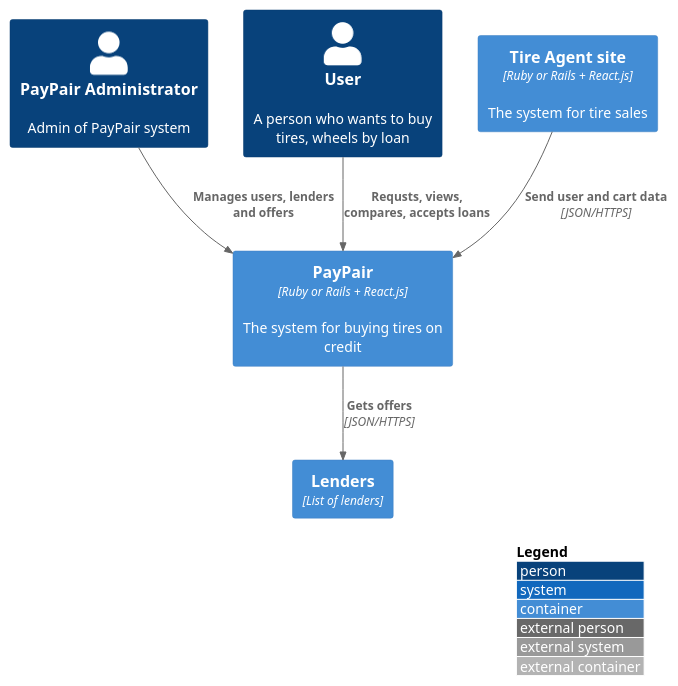
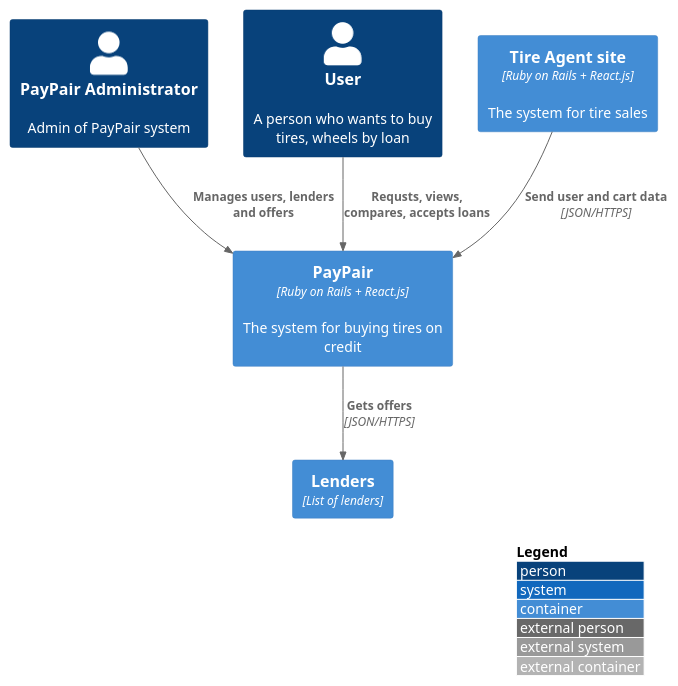
One commit to artsiomivanets/docs changed the diagram in src/1.3 Diagrams for PayPair/1.3.1 Context Diagram/context.puml. Above: the diagram before and after it, drawn with PlantUML. The commit also changed 60 other files, not shown here.

```diff
--- a/src/1.3 Diagrams for PayPair/1.3.1 Context Diagram/context.puml
+++ b/src/1.3 Diagrams for PayPair/1.3.1 Context Diagram/context.puml
@@ -1,19 +1,19 @@
 @startuml
 !include https://raw.githubusercontent.com/adrianvlupu/C4-PlantUML/latest/C4_Container.puml
 
 LAYOUT_WITH_LEGEND()
 
 Person(pp_admin, "PayPair Administrator", "Admin of PayPair system")
 Person(pp_user, "User", "A person who wants to buy tires, wheels by loan")
 
-Container(pp_system, "PayPair", "Ruby or Rails + React.js", "The system for buying tires on credit")
-Container(ta, "Tire Agent site", "Ruby or Rails + React.js", "The system for tire sales")
+Container(pp_system, "PayPair", "Ruby on Rails + React.js", "The system for buying tires on credit")
+Container(ta, "Tire Agent site", "Ruby on Rails + React.js", "The system for tire sales")
 
 Container(lenders, "Lenders", "List of lenders")
 
 Rel(ta, pp_system, "Send user and cart data", "JSON/HTTPS")
 Rel(pp_user, pp_system, "Requsts, views, compares, accepts loans")
 Rel(pp_admin, pp_system, "Manages users, lenders and offers")
 Rel(pp_system, lenders, "Gets offers", "JSON/HTTPS")
 
 @enduml
```
